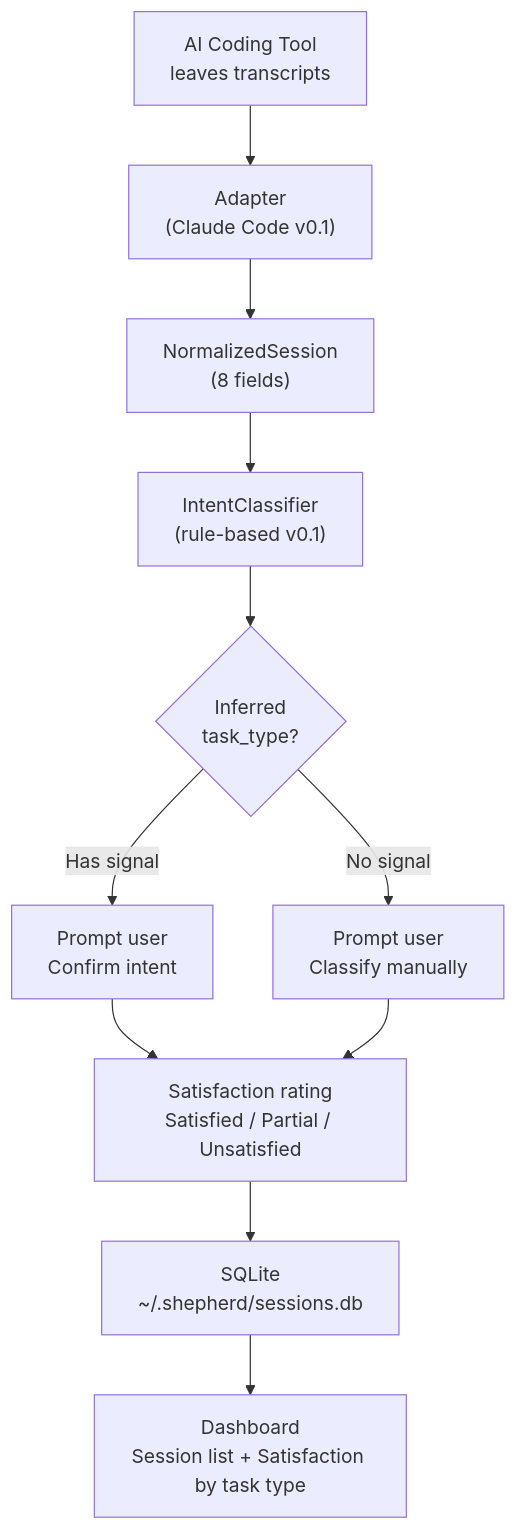
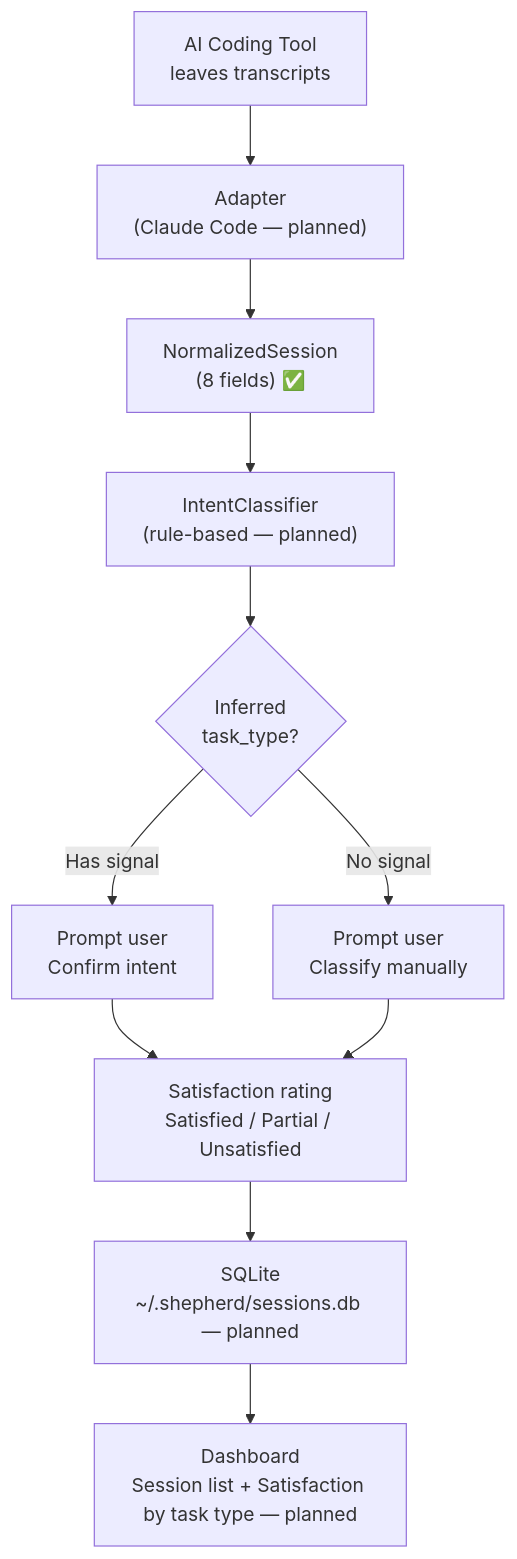
One commit to Ravicha2/shepherd changed the diagram in README.md. Above: the diagram before and after it, drawn with Mermaid. The commit also changed other lines of this file, not shown here.

````diff
--- a/README.md
+++ b/README.md
@@ -42,13 +46,13 @@
 ```mermaid
 flowchart TD
-    A["AI Coding Tool<br/>leaves transcripts"] --> B["Adapter<br/>(Claude Code v0.1)"]
-    B --> C["NormalizedSession<br/>(8 fields)"]
-    C --> D["IntentClassifier<br/>(rule-based v0.1)"]
+    A["AI Coding Tool<br/>leaves transcripts"] --> B["Adapter<br/>(Claude Code — planned)"]
+    B --> C["NormalizedSession<br/>(8 fields) ✅"]
+    C --> D["IntentClassifier<br/>(rule-based — planned)"]
     D --> E{"Inferred<br/>task_type?"}
     E -->|Has signal| F["Prompt user<br/>Confirm intent"]
     E -->|No signal| G["Prompt user<br/>Classify manually"]
     F --> H["Satisfaction rating<br/>Satisfied / Partial / Unsatisfied"]
     G --> H
-    H --> I["SQLite<br/>~/.shepherd/sessions.db"]
-    I --> J["Dashboard<br/>Session list + Satisfaction by task type"]
+    H --> I["SQLite<br/>~/.shepherd/sessions.db — planned"]
+    I --> J["Dashboard<br/>Session list + Satisfaction by task type — planned"]
 ```
````
